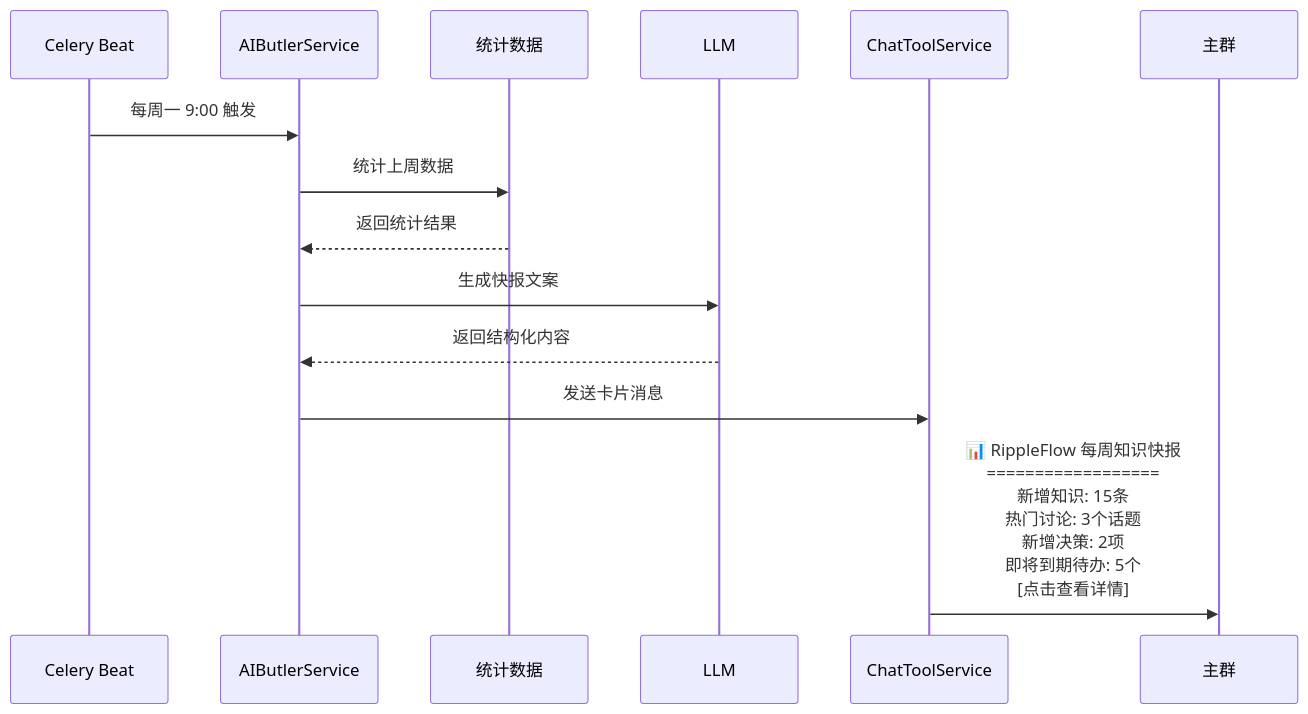
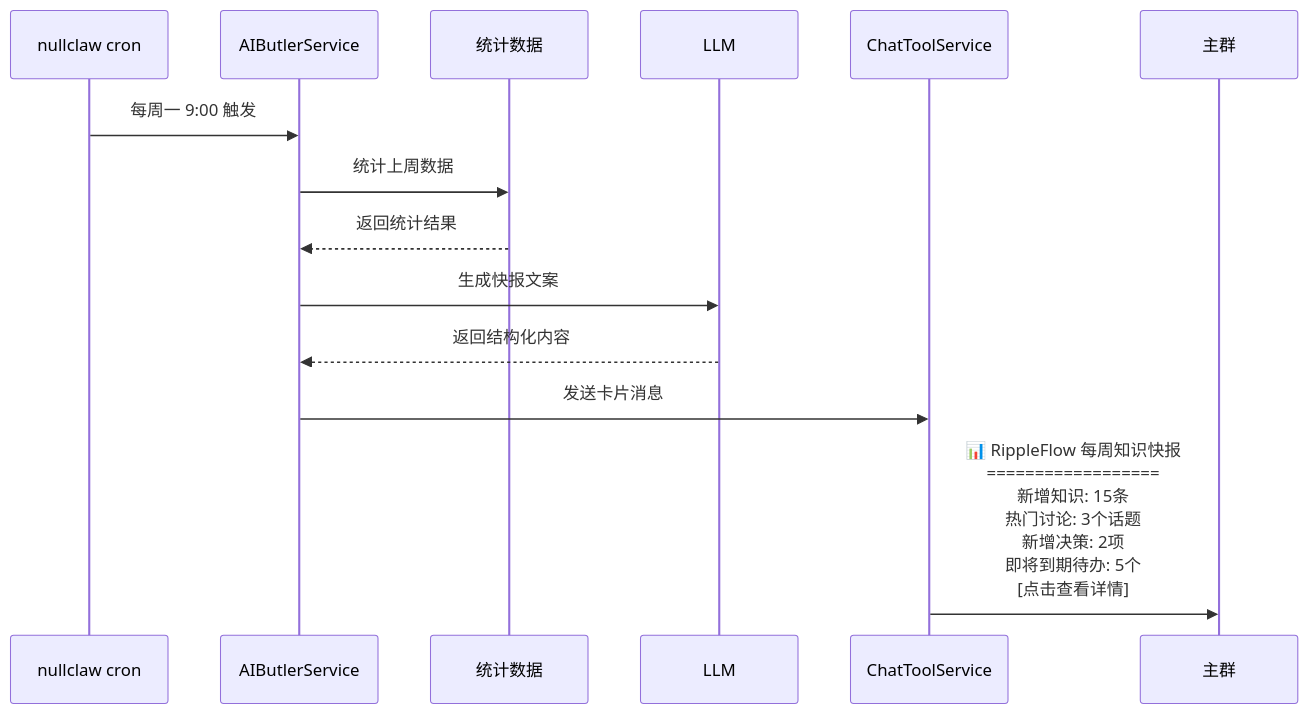
Before and after one commit to l17728/RippleFlow: diagram 11 of 16 in docs/09_user_manual.md, drawn with Mermaid. The commit also changed other lines of this file and 6 other files, not shown here.

````diff
--- a/docs/09_user_manual.md
+++ b/docs/09_user_manual.md
@@ -739,17 +739,17 @@
 ```mermaid
 sequenceDiagram
-    participant B as Celery Beat
+    participant B as nullclaw cron
     participant A as AIButlerService
     participant T as 统计数据
     participant L as LLM
     participant C as ChatToolService
     participant G as 主群
-    
+
     B->>A: 每周一 9:00 触发
     A->>T: 统计上周数据
     T-->>A: 返回统计结果
     A->>L: 生成快报文案
     L-->>A: 返回结构化内容
     A->>C: 发送卡片消息
     C->>G: 📊 RippleFlow 每周知识快报<br/>==================<br/>新增知识: 15条<br/>热门讨论: 3个话题<br/>新增决策: 2项<br/>即将到期待办: 5个<br/>[点击查看详情]
 ```
````
